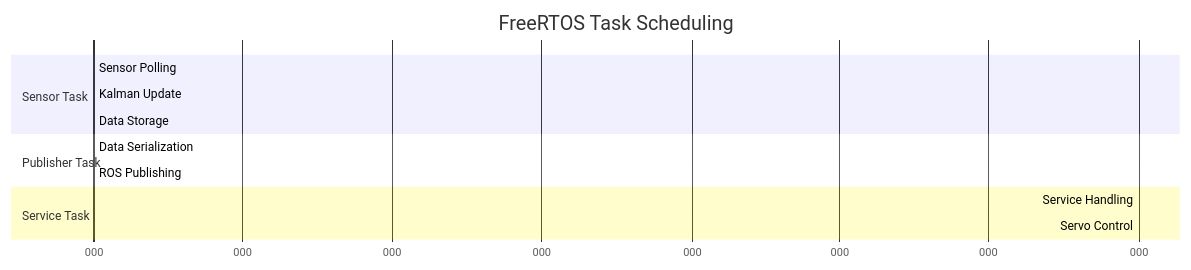
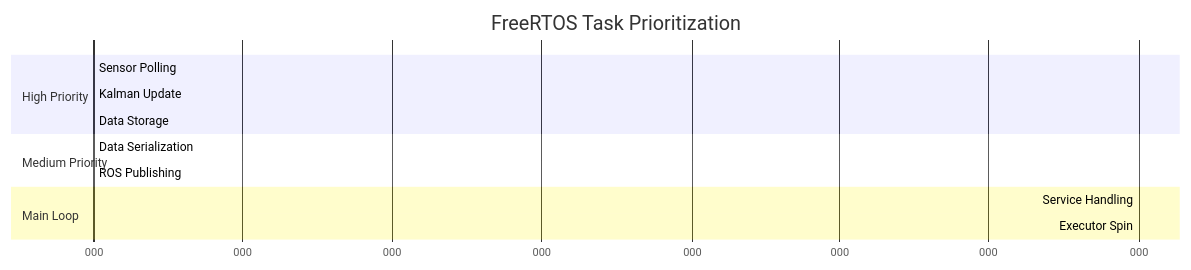
Before and after one commit to Adem-Aoun/ROSonicCam: the second of 3 diagrams in README.md, drawn with Mermaid. The commit also changed other lines of this file, not shown here.

````diff
--- a/README.md
+++ b/README.md
@@ -105,19 +113,19 @@
 ```mermaid
 gantt
-    title FreeRTOS Task Scheduling
+    title FreeRTOS Task Prioritization
     dateFormat  ms
     axisFormat %L
     
-    section Sensor Task
+    section High Priority
     Sensor Polling     :a1, 0, 10
     Kalman Update      :a2, after a1, 10
     Data Storage       :a3, after a2, 5
     
-    section Publisher Task
+    section Medium Priority
     Data Serialization :b1, 0, 15
     ROS Publishing     :b2, after b1, 10
     
-    section Service Task
+    section Main Loop
     Service Handling   :c1, 10, 8
-    Servo Control      :c2, after c1, 12
+    Executor Spin      :c2, after c1, 12
 ```
````
